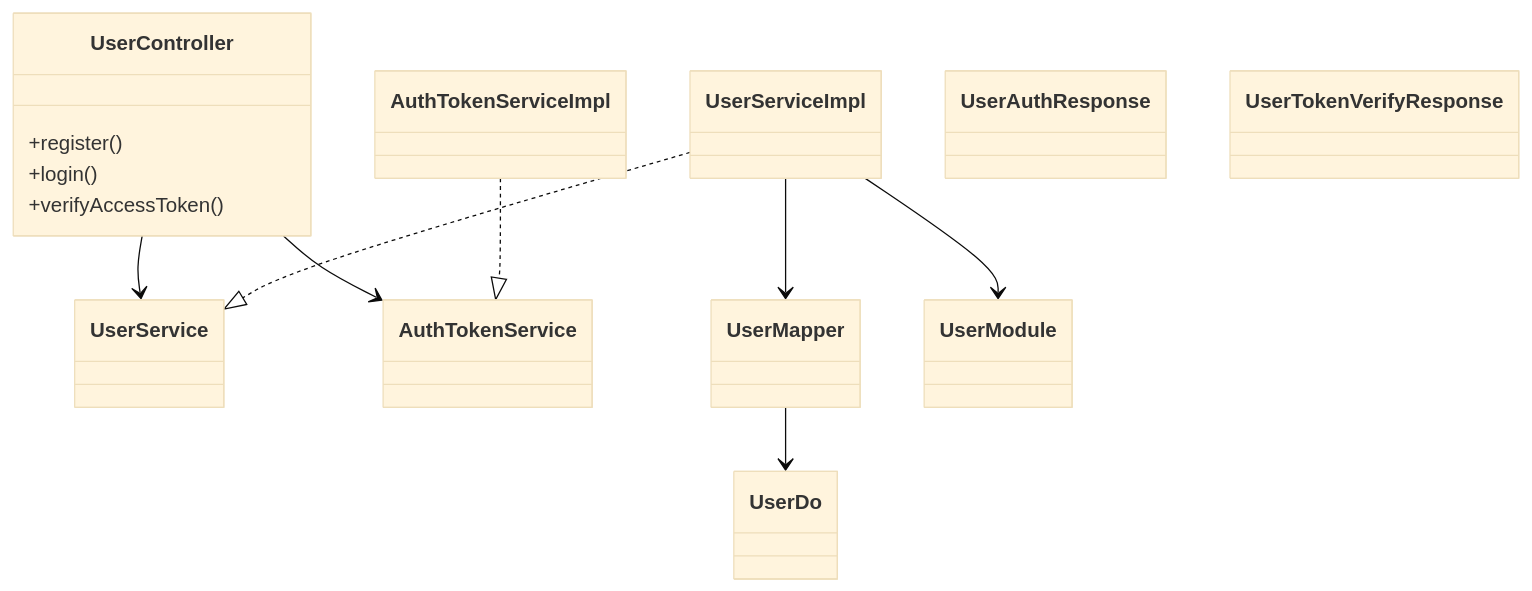
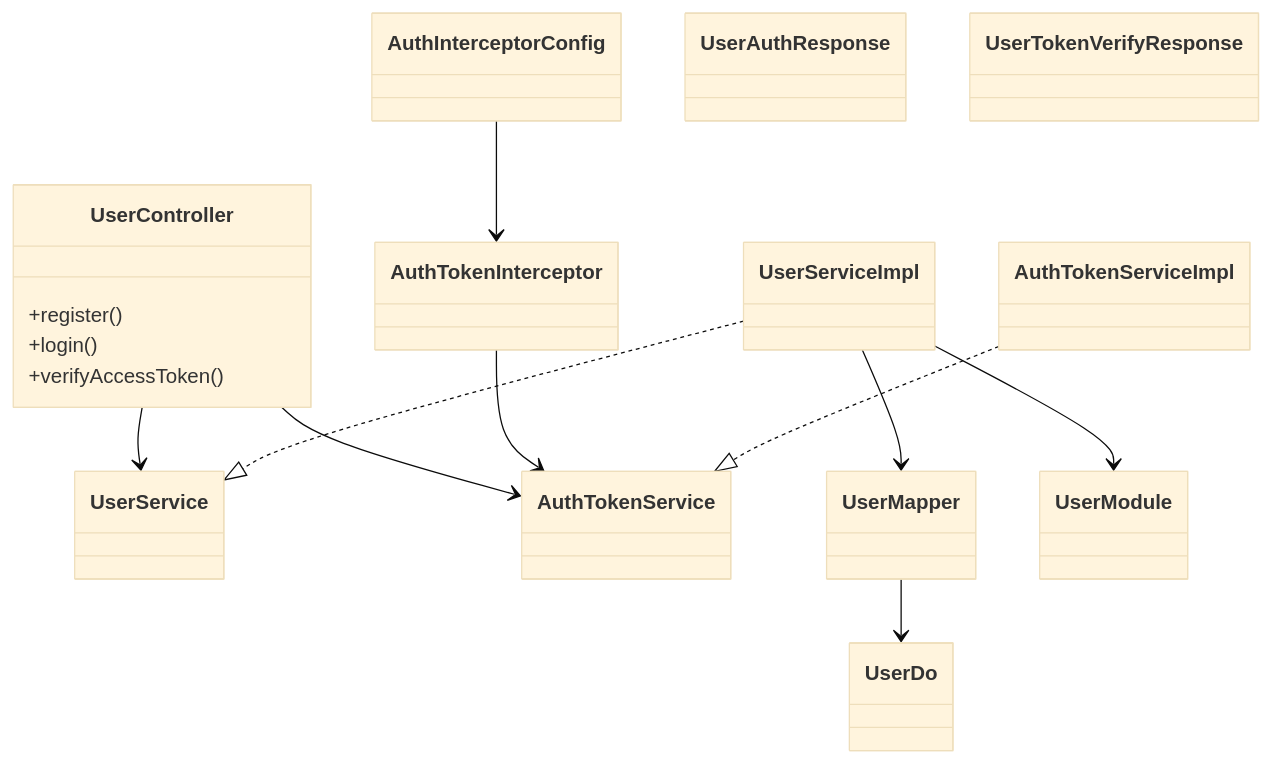
Before and after one commit to nangong918/magic-vector: the first of 9 diagrams in springboot/docs/SpringBootDesignDocument.md, drawn with Mermaid (base theme). The commit also changed other lines of this file and 18 other files, not shown here.

````diff
--- a/springboot/docs/SpringBootDesignDocument.md
+++ b/springboot/docs/SpringBootDesignDocument.md
@@ -17,25 +18,29 @@
 ```mermaid
 classDiagram
     class UserController {
         +register()
         +login()
         +verifyAccessToken()
     }
     class UserService
     class UserServiceImpl
+    class AuthTokenInterceptor
+    class AuthInterceptorConfig
     class AuthTokenService
     class AuthTokenServiceImpl
     class UserMapper
     class UserDo
     class UserModule
     class UserAuthResponse
     class UserTokenVerifyResponse
 
     UserController --> UserService
     UserController --> AuthTokenService
+    AuthInterceptorConfig --> AuthTokenInterceptor
+    AuthTokenInterceptor --> AuthTokenService
     UserServiceImpl ..|> UserService
     AuthTokenServiceImpl ..|> AuthTokenService
     UserServiceImpl --> UserMapper
     UserServiceImpl --> UserModule
     UserMapper --> UserDo
 ```
````
